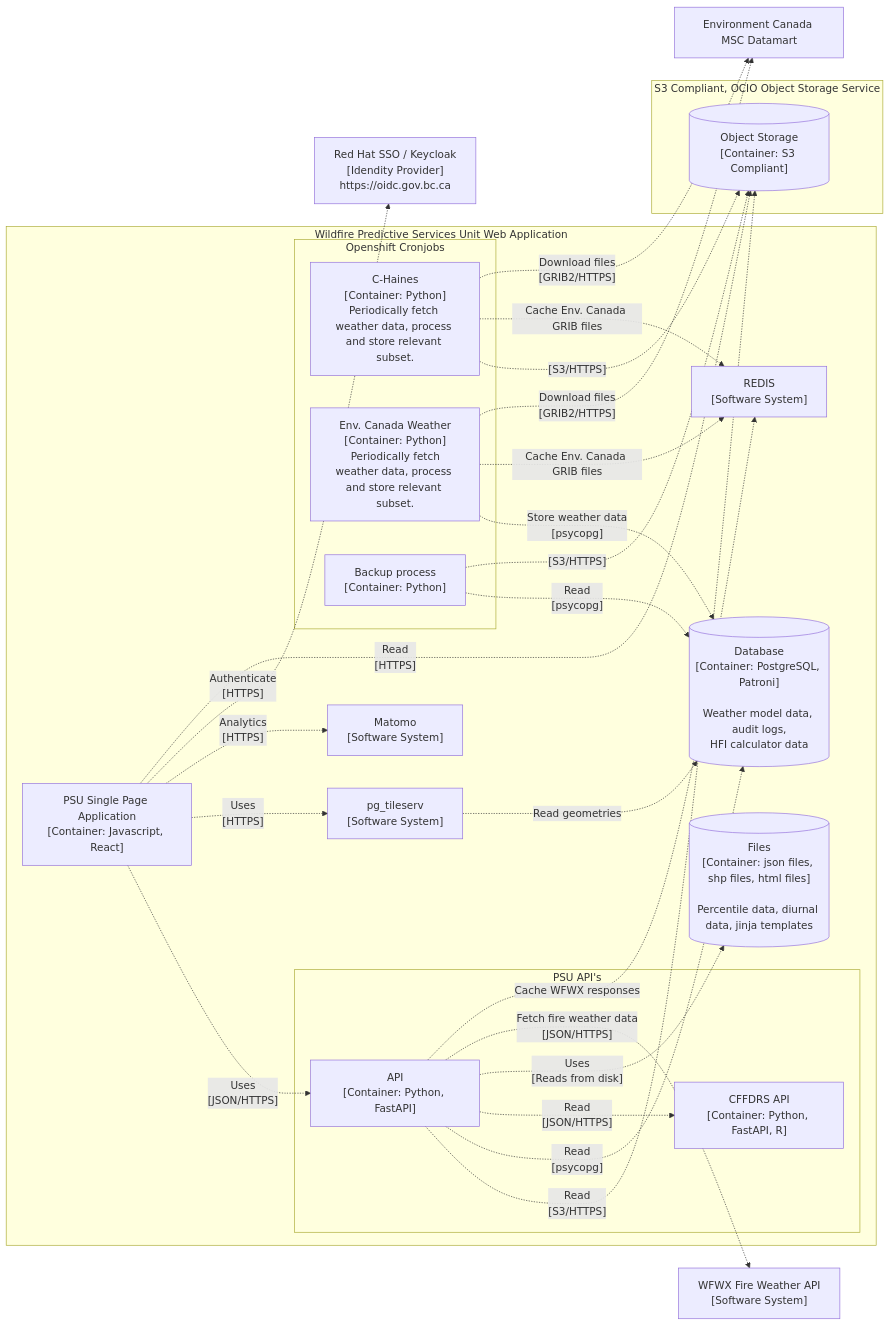
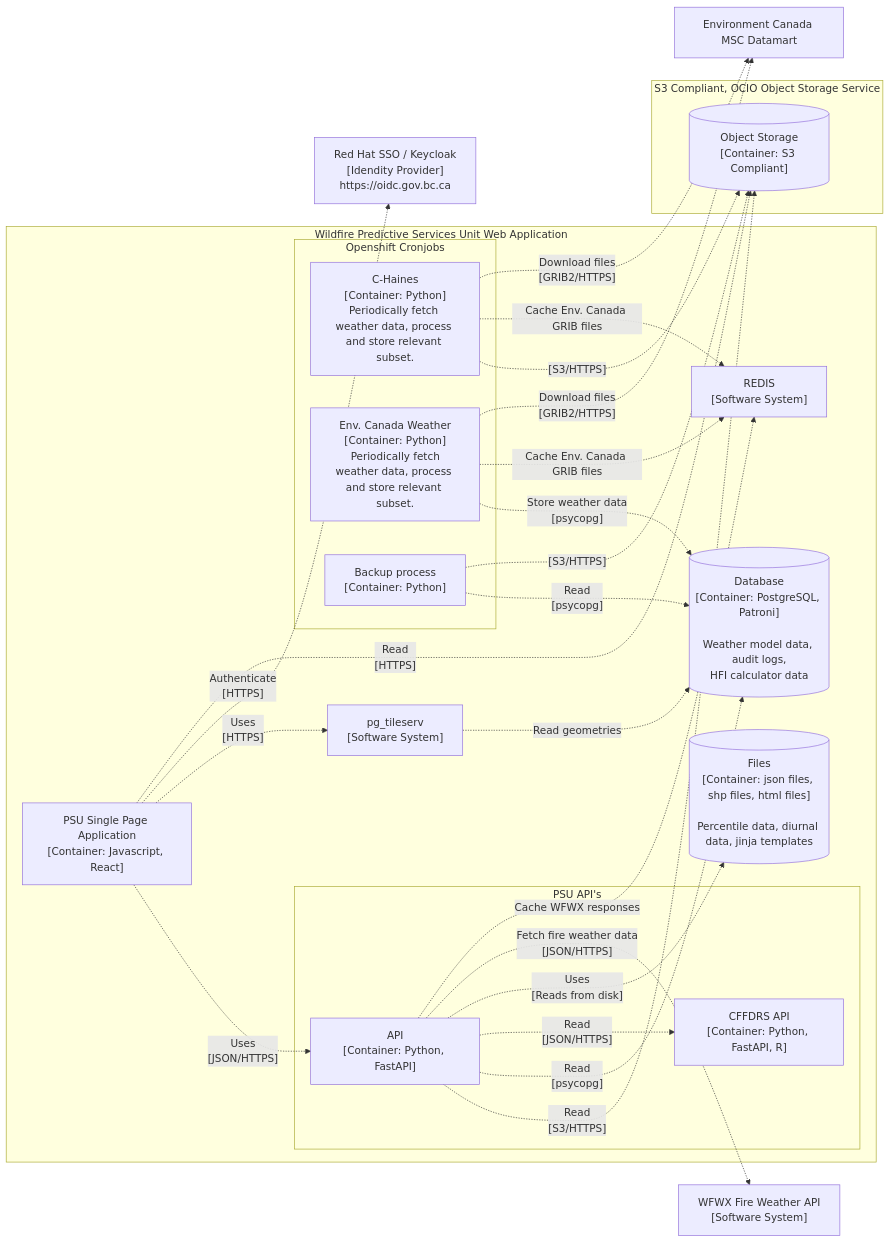
One commit to bcgov/wps changed the diagram in README.md. Above: the diagram before and after it, drawn with Mermaid. The commit also changed 36 other files, not shown here.

````diff
--- a/README.md
+++ b/README.md
@@ -44,58 +44,56 @@
 ```mermaid
 graph LR
 
     datamart["Environment Canada MSC Datamart"]
 
     wf1["WFWX Fire Weather API</br>[Software System]"]
 
     sso["Red Hat SSO / Keycloak</br>[Idendity Provider]</br>https://oidc.gov.bc.ca"]
 
     subgraph Wildfire Predictive Services Unit Web Application
         FrontEnd["PSU Single Page Application</br>[Container: Javascript, React]"]
 
         subgraph PSU API's
             API["API</br>[Container: Python, FastAPI]"]
             CFFDRS_API["CFFDRS API</br>[Container: Python, FastAPI, R]"]
         end
 
         pg_tileserv["pg_tileserv</br>[Software System]"]
         redis["REDIS</br>[Software System]"]
-        matomo["Matomo</br>[Software System]"]
 
         subgraph Openshift Cronjobs
             c-haines["C-Haines</br>[Container: Python]</br>Periodically fetch weather data, process and store relevant subset."]
             env-canada["Env. Canada Weather</br>[Container: Python]</br> Periodically fetch weather data, process and store relevant subset."]
             backup["Backup process</br>[Container: Python]"]
         end
 
         Database[("Database</br>[Container: PostgreSQL, Patroni]</br></br>Weather model data, audit logs,</br>HFI calculator data")]
         Files[("Files</br>[Container: json files, shp files, html files]</br></br>Percentile data, diurnal data, jinja templates")]
 
     end
 
     subgraph "S3 Compliant, OCIO Object Storage Service"
         s3[("Object Storage</br>[Container: S3 Compliant]")]
     end
 
     API-. "Read</br>[S3/HTTPS]" .->s3
     API-.->|"Read</br>[psycopg]"|Database
     API-.->|"Read</br>[JSON/HTTPS]"|CFFDRS_API
     API-.->|"Uses</br>[Reads from disk]"|Files
     API-. "Fetch fire weather data</br>[JSON/HTTPS]" .->wf1
     API-. "Cache WFWX responses" .->redis
     pg_tileserv-. "Read geometries" .->Database
     FrontEnd-.->|"Uses</br>[JSON/HTTPS]"|API
     FrontEnd-.->|"Uses</br>[HTTPS]"|pg_tileserv
-    FrontEnd-. "Analytics</br>[HTTPS]" .->matomo
     FrontEnd-. "Authenticate</br>[HTTPS]" .->sso
     FrontEnd-. "Read</br>[HTTPS]" .->s3
     c-haines-. "[S3/HTTPS]" .->s3
     c-haines-. "Cache Env. Canada GRIB files" .->redis
     c-haines-. "Download files</br>[GRIB2/HTTPS]" .->datamart
     env-canada-. "Store weather data</br>[psycopg]" .->Database
     env-canada-. "Cache Env. Canada GRIB files" .->redis
     env-canada-. "Download files</br>[GRIB2/HTTPS]" .->datamart
     backup-. "Read</br>[psycopg]" .->Database
     backup-. "[S3/HTTPS] " .->s3
 
 ```
````
